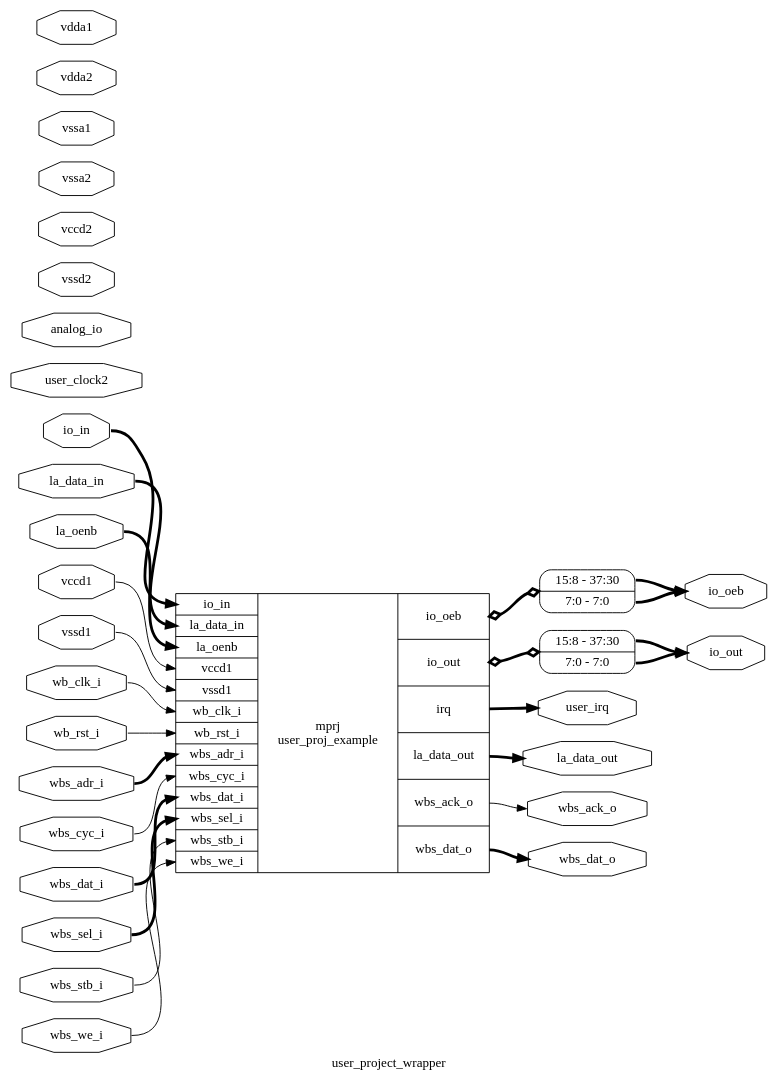
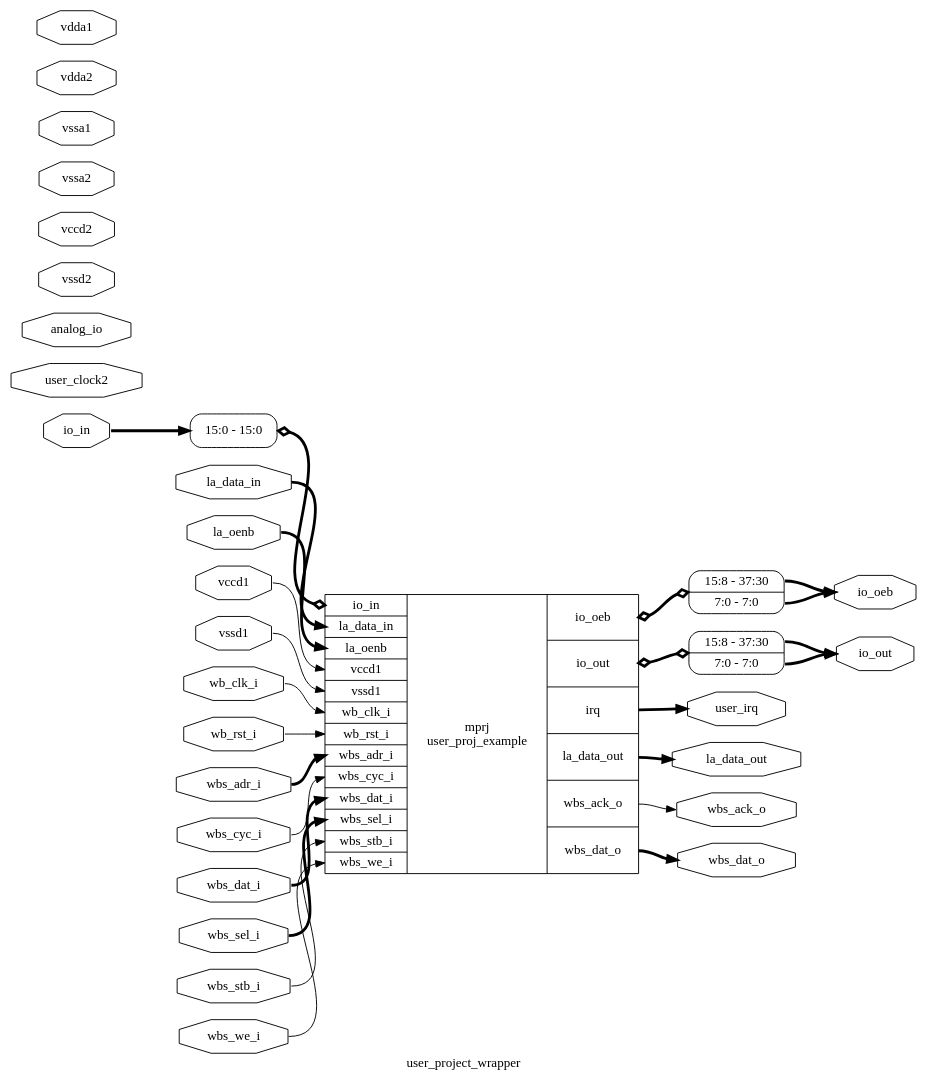
The diagram in tmp/synthesis/hierarchy.dot (Samarthjainabout/openlane_cadence_verification), drawn with Graphviz before and after one commit. The commit also changed 93 other files, not shown here.

```diff
--- a/tmp/synthesis/hierarchy.dot
+++ b/tmp/synthesis/hierarchy.dot
@@ -1,58 +1,60 @@
 digraph "user_project_wrapper" {
 label="user_project_wrapper";
 rankdir="LR";
 remincross=true;
 n1 [ shape=octagon, label="user_irq", color="black", fontcolor="black" ];
 n2 [ shape=octagon, label="user_clock2", color="black", fontcolor="black" ];
 n3 [ shape=octagon, label="analog_io", color="black", fontcolor="black" ];
 n4 [ shape=octagon, label="io_oeb", color="black", fontcolor="black" ];
 n5 [ shape=octagon, label="io_out", color="black", fontcolor="black" ];
 n6 [ shape=octagon, label="io_in", color="black", fontcolor="black" ];
 n7 [ shape=octagon, label="la_oenb", color="black", fontcolor="black" ];
 n8 [ shape=octagon, label="la_data_out", color="black", fontcolor="black" ];
 n9 [ shape=octagon, label="la_data_in", color="black", fontcolor="black" ];
 n10 [ shape=octagon, label="wbs_dat_o", color="black", fontcolor="black" ];
 n11 [ shape=octagon, label="wbs_ack_o", color="black", fontcolor="black" ];
 n12 [ shape=octagon, label="wbs_adr_i", color="black", fontcolor="black" ];
 n13 [ shape=octagon, label="wbs_dat_i", color="black", fontcolor="black" ];
 n14 [ shape=octagon, label="wbs_sel_i", color="black", fontcolor="black" ];
 n15 [ shape=octagon, label="wbs_we_i", color="black", fontcolor="black" ];
 n16 [ shape=octagon, label="wbs_cyc_i", color="black", fontcolor="black" ];
 n17 [ shape=octagon, label="wbs_stb_i", color="black", fontcolor="black" ];
 n18 [ shape=octagon, label="wb_rst_i", color="black", fontcolor="black" ];
 n19 [ shape=octagon, label="wb_clk_i", color="black", fontcolor="black" ];
 n20 [ shape=octagon, label="vssd2", color="black", fontcolor="black" ];
 n21 [ shape=octagon, label="vssd1", color="black", fontcolor="black" ];
 n22 [ shape=octagon, label="vccd2", color="black", fontcolor="black" ];
 n23 [ shape=octagon, label="vccd1", color="black", fontcolor="black" ];
 n24 [ shape=octagon, label="vssa2", color="black", fontcolor="black" ];
 n25 [ shape=octagon, label="vssa1", color="black", fontcolor="black" ];
 n26 [ shape=octagon, label="vdda2", color="black", fontcolor="black" ];
 n27 [ shape=octagon, label="vdda1", color="black", fontcolor="black" ];
 c29 [ shape=record, label="{{<p6> io_in|<p9> la_data_in|<p7> la_oenb|<p23> vccd1|<p21> vssd1|<p19> wb_clk_i|<p18> wb_rst_i|<p12> wbs_adr_i|<p16> wbs_cyc_i|<p13> wbs_dat_i|<p14> wbs_sel_i|<p17> wbs_stb_i|<p15> wbs_we_i}|mprj\nuser_proj_example|{<p4> io_oeb|<p5> io_out|<p28> irq|<p8> la_data_out|<p11> wbs_ack_o|<p10> wbs_dat_o}}",  ];
 x0 [ shape=record, style=rounded, label="<s1> 15:8 - 37:30 |<s0> 7:0 - 7:0 ", color="black", fontcolor="black" ];
 c29:p4:e -> x0:w [arrowhead=odiamond, arrowtail=odiamond, dir=both, color="black", fontcolor="black", style="setlinewidth(3)", label=""];
 x1 [ shape=record, style=rounded, label="<s1> 15:8 - 37:30 |<s0> 7:0 - 7:0 ", color="black", fontcolor="black" ];
 c29:p5:e -> x1:w [arrowhead=odiamond, arrowtail=odiamond, dir=both, color="black", fontcolor="black", style="setlinewidth(3)", label=""];
+x2 [ shape=record, style=rounded, label="<s0> 15:0 - 15:0 ", color="black", fontcolor="black" ];
+x2:e -> c29:p6:w [arrowhead=odiamond, arrowtail=odiamond, dir=both, color="black", fontcolor="black", style="setlinewidth(3)", label=""];
 c29:p28:e -> n1:w [color="black", fontcolor="black", style="setlinewidth(3)", label=""];
 c29:p10:e -> n10:w [color="black", fontcolor="black", style="setlinewidth(3)", label=""];
 c29:p11:e -> n11:w [color="black", fontcolor="black", label=""];
 n12:e -> c29:p12:w [color="black", fontcolor="black", style="setlinewidth(3)", label=""];
 n13:e -> c29:p13:w [color="black", fontcolor="black", style="setlinewidth(3)", label=""];
 n14:e -> c29:p14:w [color="black", fontcolor="black", style="setlinewidth(3)", label=""];
 n15:e -> c29:p15:w [color="black", fontcolor="black", label=""];
 n16:e -> c29:p16:w [color="black", fontcolor="black", label=""];
 n17:e -> c29:p17:w [color="black", fontcolor="black", label=""];
 n18:e -> c29:p18:w [color="black", fontcolor="black", label=""];
 n19:e -> c29:p19:w [color="black", fontcolor="black", label=""];
 n21:e -> c29:p21:w [color="black", fontcolor="black", label=""];
 n23:e -> c29:p23:w [color="black", fontcolor="black", label=""];
 x0:s0:e -> n4:w [color="black", fontcolor="black", style="setlinewidth(3)", label=""];
 x0:s1:e -> n4:w [color="black", fontcolor="black", style="setlinewidth(3)", label=""];
 x1:s0:e -> n5:w [color="black", fontcolor="black", style="setlinewidth(3)", label=""];
 x1:s1:e -> n5:w [color="black", fontcolor="black", style="setlinewidth(3)", label=""];
-n6:e -> c29:p6:w [color="black", fontcolor="black", style="setlinewidth(3)", label=""];
+n6:e -> x2:s0:w [color="black", fontcolor="black", style="setlinewidth(3)", label=""];
 n7:e -> c29:p7:w [color="black", fontcolor="black", style="setlinewidth(3)", label=""];
 c29:p8:e -> n8:w [color="black", fontcolor="black", style="setlinewidth(3)", label=""];
 n9:e -> c29:p9:w [color="black", fontcolor="black", style="setlinewidth(3)", label=""];
 }
```
